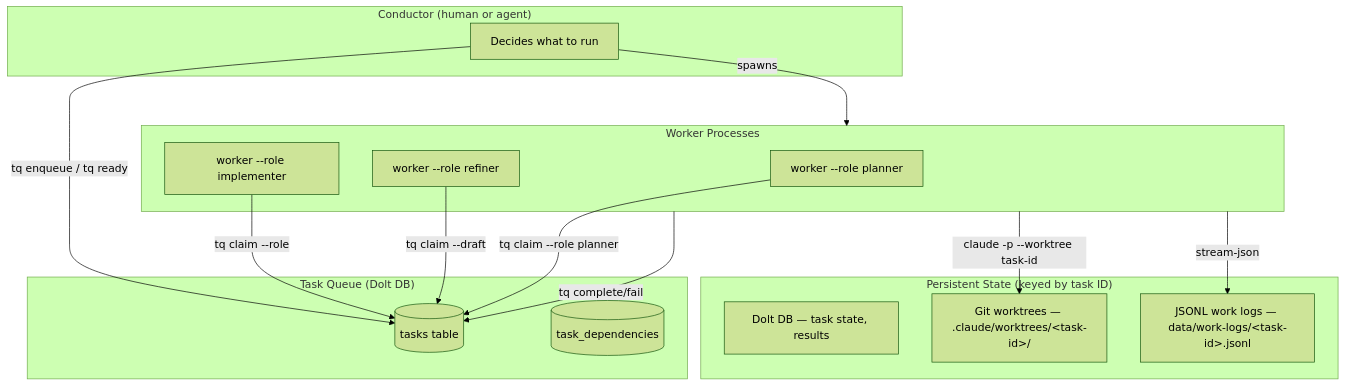
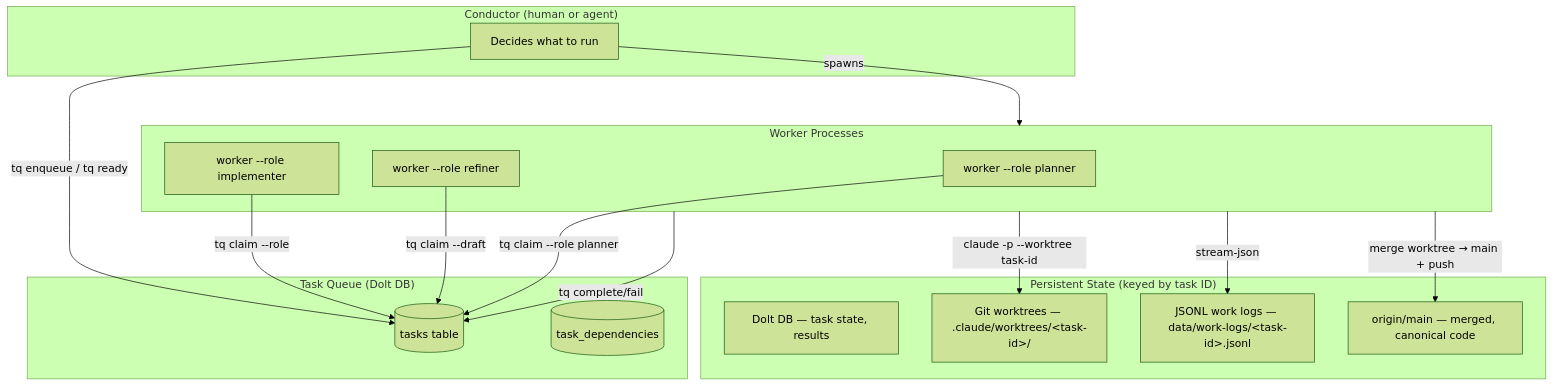
Before and after one commit to shardworks/shardworks: the first of 4 diagrams in docs/architecture.md, drawn with Mermaid (forest theme). The commit also changed other lines of this file and 6 other files, not shown here.

First line of the commit message:
feat: worker merges worktree→main after successful task completion

````diff
--- a/docs/architecture.md
+++ b/docs/architecture.md
@@ -15,32 +15,34 @@
 ```mermaid
 graph TB
     subgraph Conductor["Conductor (human or agent)"]
         CD[Decides what to run]
     end
 
     subgraph TaskQueue["Task Queue (Dolt DB)"]
         TQ[(tasks table)]
         TD[(task_dependencies)]
     end
 
     subgraph Workers["Worker Processes"]
         W1["worker --role implementer"]
         W2["worker --role refiner"]
         W3["worker --role planner"]
     end
 
     subgraph Persistence["Persistent State (keyed by task ID)"]
         DB["Dolt DB — task state, results"]
         Git["Git worktrees — .claude/worktrees/&lt;task-id&gt;/"]
         Logs["JSONL work logs — data/work-logs/&lt;task-id&gt;.jsonl"]
+        Main["origin/main — merged, canonical code"]
     end
 
     CD -->|"tq enqueue / tq ready"| TQ
     CD -->|"spawns"| Workers
     W1 -->|"tq claim --role"| TQ
     W2 -->|"tq claim --draft"| TQ
     W3 -->|"tq claim --role planner"| TQ
     Workers -->|"claude -p --worktree task-id"| Git
     Workers -->|"stream-json"| Logs
     Workers -->|"tq complete/fail"| TQ
+    Workers -->|"merge worktree → main + push"| Main
 ```
````
